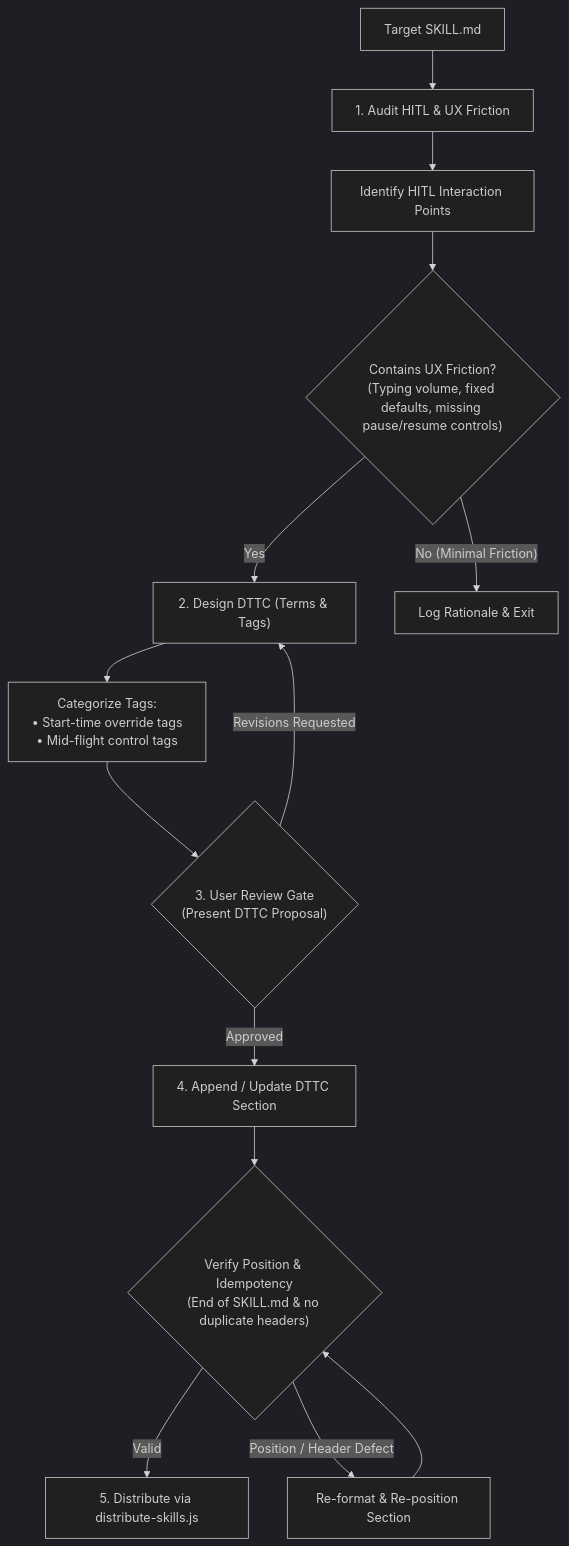
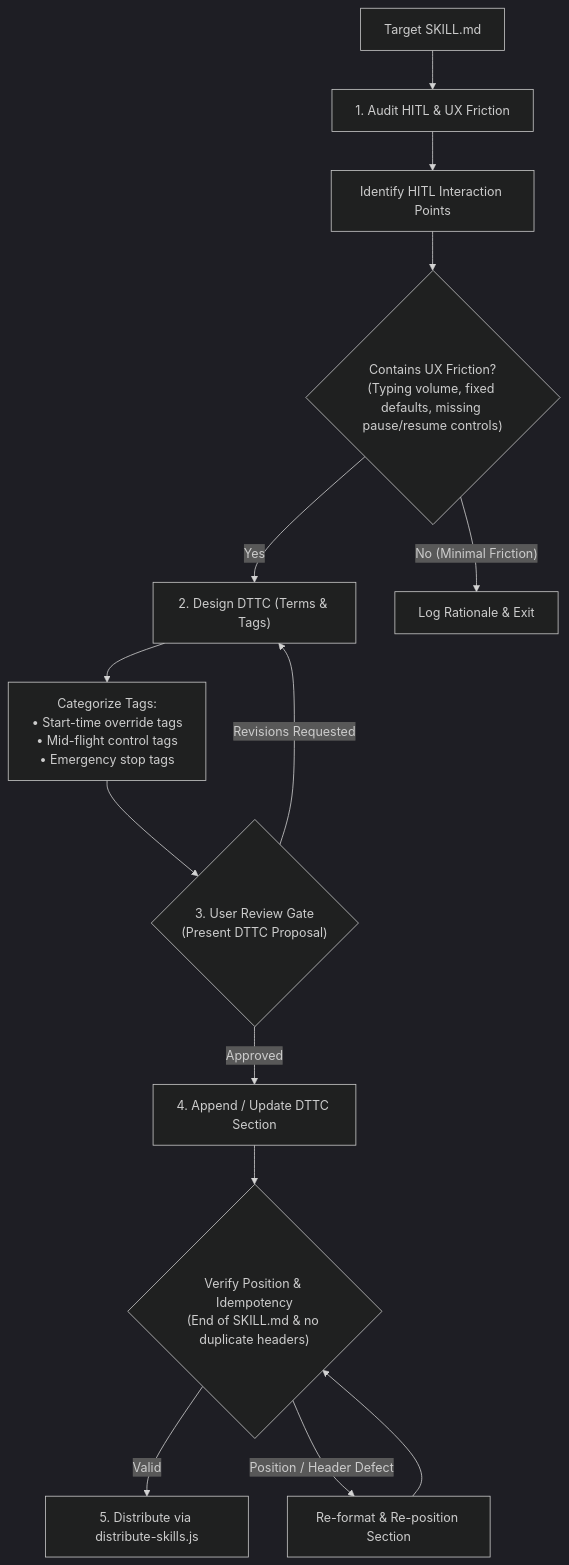
The diagram in productivity/write-skill-dttc/SKILL.md (loerei/myskills), drawn with Mermaid (dark theme) before and after one commit. The commit also changed other lines of this file, not shown here.

Commit message:
feat(skills): update write-skill-dttc to include emergency stop timing category

````diff
--- a/productivity/write-skill-dttc/SKILL.md
+++ b/productivity/write-skill-dttc/SKILL.md
@@ -12,19 +12,19 @@
 ```mermaid
 flowchart TD
     Start["Target SKILL.md"] --> Step1["1. Audit HITL & UX Friction"]
     Step1 --> AuditHITL["Identify HITL Interaction Points"]
     AuditHITL --> CheckFriction{"Contains UX Friction?<br/>(Typing volume, fixed defaults, missing pause/resume controls)"}
     
     CheckFriction -->|"Yes"| Step2["2. Design DTTC (Terms & Tags)"]
     CheckFriction -->|"No (Minimal Friction)"| NoFrictionExit["Log Rationale & Exit"]
     
-    Step2 --> DesignCategories["Categorize Tags:<br/>• Start-time override tags<br/>• Mid-flight control tags"]
+    Step2 --> DesignCategories["Categorize Tags:<br/>• Start-time override tags<br/>• Mid-flight control tags<br/>• Emergency stop tags"]
     
     DesignCategories --> UserGate{"3. User Review Gate<br/>(Present DTTC Proposal)"}
     UserGate -->|"Revisions Requested"| Step2
     UserGate -->|"Approved"| Step4["4. Append / Update DTTC Section"]
     
     Step4 --> VerifyPosition{"Verify Position & Idempotency<br/>(End of SKILL.md & no duplicate headers)"}
     VerifyPosition -->|"Valid"| Step5["5. Distribute via distribute-skills.js"]
     VerifyPosition -->|"Position / Header Defect"| ReformatStep["Re-format & Re-position Section"] --> VerifyPosition
 ```
````
